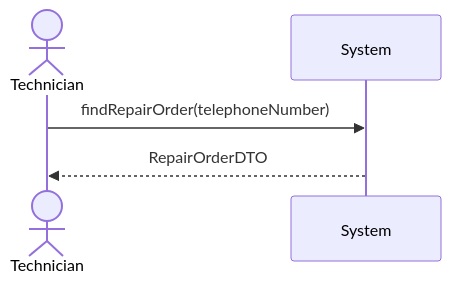
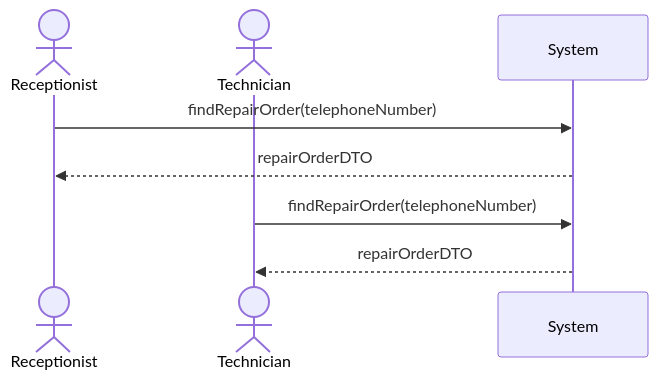
The sixth of 10 diagrams in maven-projects/ElectricBikeRepair/README.md (mo-mosverkstad/java-learning), drawn with Mermaid before and after one commit. The commit also changed other lines of this file, not shown here.

````diff
--- a/maven-projects/ElectricBikeRepair/README.md
+++ b/maven-projects/ElectricBikeRepair/README.md
@@ -346,8 +394,12 @@
 ```mermaid
 sequenceDiagram
+    actor Receptionist
     actor Technician
     participant System
 
+    Receptionist ->> System: findRepairOrder(telephoneNumber)
+    System -->> Receptionist: repairOrderDTO
+
     Technician ->> System: findRepairOrder(telephoneNumber)
-    System -->> Technician: RepairOrderDTO
+    System -->> Technician: repairOrderDTO
 ```
````
